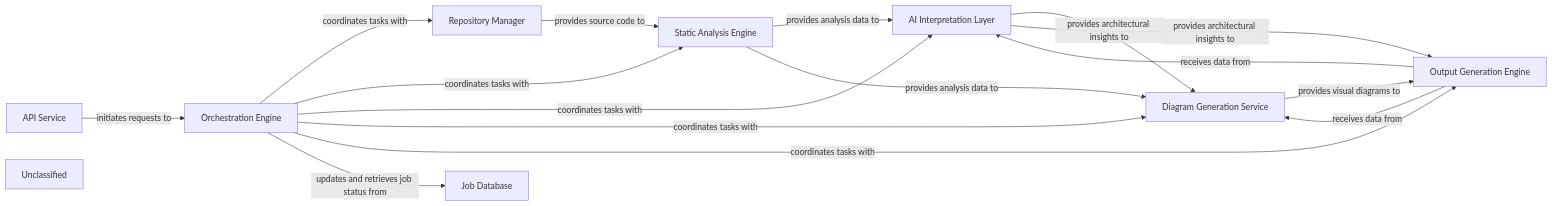
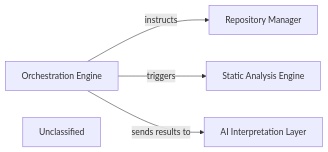
The third of 7 diagrams in docs/development/architecture.md (CodeBoarding/CodeBoarding), drawn with Mermaid before and after one commit. The commit also changed other lines of this file and 19 other files, not shown here.

First line of the commit message:
docs: update codeboarding documentation and generate architecture

````diff
--- a/docs/development/architecture.md
+++ b/docs/development/architecture.md
@@ -79,31 +158,15 @@
 ```mermaid
 graph LR
-    API_Service["API Service"]
     Orchestration_Engine["Orchestration Engine"]
     Repository_Manager["Repository Manager"]
     Static_Analysis_Engine["Static Analysis Engine"]
     AI_Interpretation_Layer["AI Interpretation Layer"]
-    Job_Database["Job Database"]
-    Diagram_Generation_Service["Diagram Generation Service"]
-    Output_Generation_Engine["Output Generation Engine"]
     Unclassified["Unclassified"]
-    API_Service -- "initiates requests to" --> Orchestration_Engine
-    Orchestration_Engine -- "coordinates tasks with" --> Repository_Manager
-    Orchestration_Engine -- "coordinates tasks with" --> Static_Analysis_Engine
-    Orchestration_Engine -- "coordinates tasks with" --> AI_Interpretation_Layer
-    Orchestration_Engine -- "coordinates tasks with" --> Diagram_Generation_Service
-    Orchestration_Engine -- "coordinates tasks with" --> Output_Generation_Engine
-    Orchestration_Engine -- "updates and retrieves job status from" --> Job_Database
-    Repository_Manager -- "provides source code to" --> Static_Analysis_Engine
-    Static_Analysis_Engine -- "provides analysis data to" --> AI_Interpretation_Layer
-    Static_Analysis_Engine -- "provides analysis data to" --> Diagram_Generation_Service
-    AI_Interpretation_Layer -- "provides architectural insights to" --> Diagram_Generation_Service
-    AI_Interpretation_Layer -- "provides architectural insights to" --> Output_Generation_Engine
-    Diagram_Generation_Service -- "provides visual diagrams to" --> Output_Generation_Engine
-    Output_Generation_Engine -- "receives data from" --> AI_Interpretation_Layer
-    Output_Generation_Engine -- "receives data from" --> Diagram_Generation_Service
+    Orchestration_Engine -- "instructs" --> Repository_Manager
+    Orchestration_Engine -- "triggers" --> Static_Analysis_Engine
+    Orchestration_Engine -- "sends results to" --> AI_Interpretation_Layer
     click Orchestration_Engine href "https://github.com/CodeBoarding/CodeBoarding/blob/main/.codeboarding/Orchestration_Engine.md" "Details"
+    click Repository_Manager href "https://github.com/CodeBoarding/CodeBoarding/blob/main/.codeboarding/Repository_Manager.md" "Details"
     click Static_Analysis_Engine href "https://github.com/CodeBoarding/CodeBoarding/blob/main/.codeboarding/Static_Analysis_Engine.md" "Details"
-    click Diagram_Generation_Service href "https://github.com/CodeBoarding/CodeBoarding/blob/main/.codeboarding/Diagram_Generation_Service.md" "Details"
-    click Output_Generation_Engine href "https://github.com/CodeBoarding/CodeBoarding/blob/main/.codeboarding/Output_Generation_Engine.md" "Details"
+    click AI_Interpretation_Layer href "https://github.com/CodeBoarding/CodeBoarding/blob/main/.codeboarding/AI_Interpretation_Layer.md" "Details"
 ```
````
